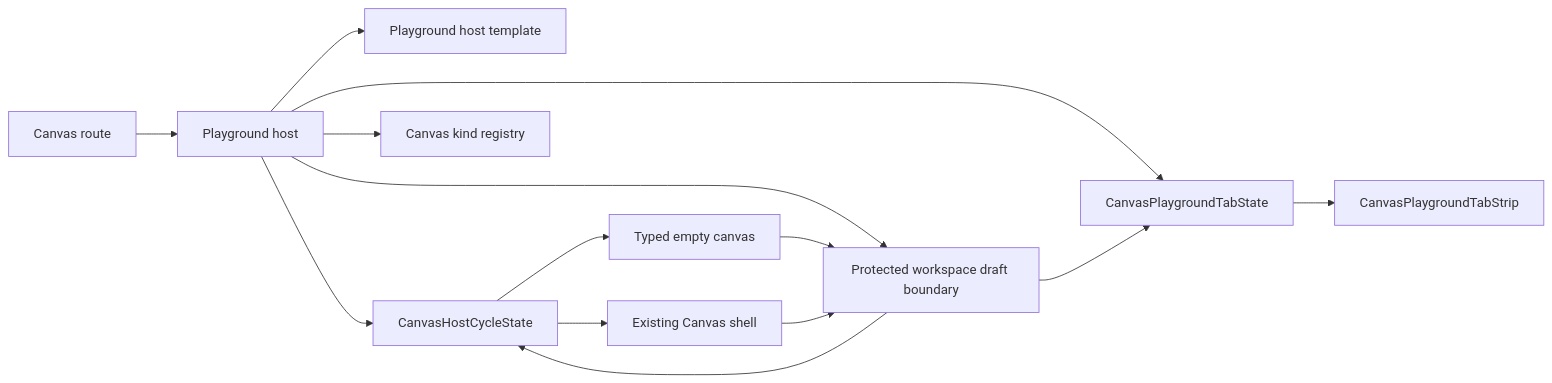
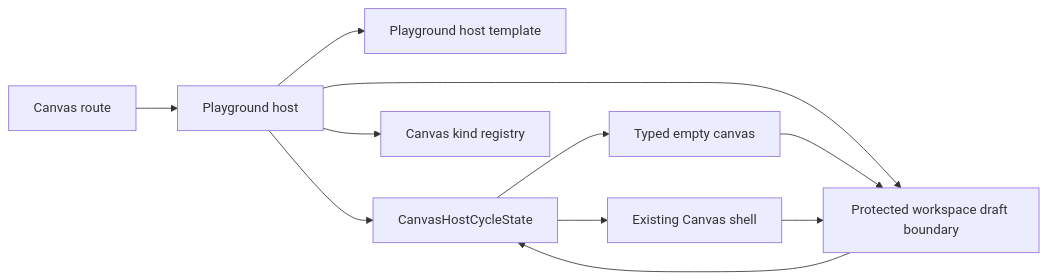
Before and after one commit to dunay2/dvt: the second of 4 diagrams in docs/architecture/components/web/graph/canvas-playground-host-component.md, drawn with Mermaid. The commit also changed other lines of this file and 1 other file, not shown here.

Commit message:
docs(docs): Retire Canvas tab-state docs

````diff
--- a/docs/architecture/components/web/graph/canvas-playground-host-component.md
+++ b/docs/architecture/components/web/graph/canvas-playground-host-component.md
@@ -143,27 +142,22 @@
 ```mermaid
 flowchart LR
   Route["Canvas route"]
   Host["Playground host"]
   HostTemplate["Playground host template"]
   Cycle["CanvasHostCycleState"]
-  TabState["CanvasPlaygroundTabState"]
-  Tabs["CanvasPlaygroundTabStrip"]
   Registry["Canvas kind registry"]
   Empty["Typed empty canvas"]
   Shell["Existing Canvas shell"]
   Draft["Protected workspace draft boundary"]
 
   Route --> Host
   Host --> HostTemplate
   Host --> Cycle
-  Host --> TabState
-  TabState --> Tabs
   Host --> Registry
   Cycle --> Empty
   Cycle --> Shell
   Host --> Draft
-  Draft --> TabState
   Draft --> Cycle
   Empty --> Draft
   Shell --> Draft
 ```
````
